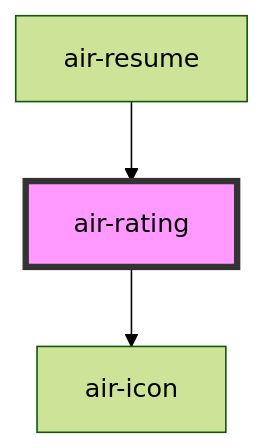
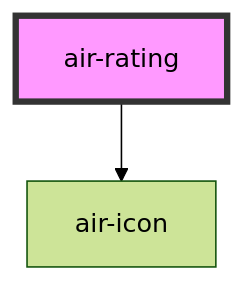
Before and after one commit to openwebstudio/AirUI: the diagram in src/components/ratingStars/readme.md, drawn with Mermaid (forest theme). The commit also changed other lines of this file and 13 other files, not shown here.

````diff
--- a/src/components/ratingStars/readme.md
+++ b/src/components/ratingStars/readme.md
@@ -38,6 +34,5 @@
 ```mermaid
 graph TD;
   air-rating --> air-icon
-  air-resume --> air-rating
   style air-rating fill:#f9f,stroke:#333,stroke-width:4px
 ```
````
